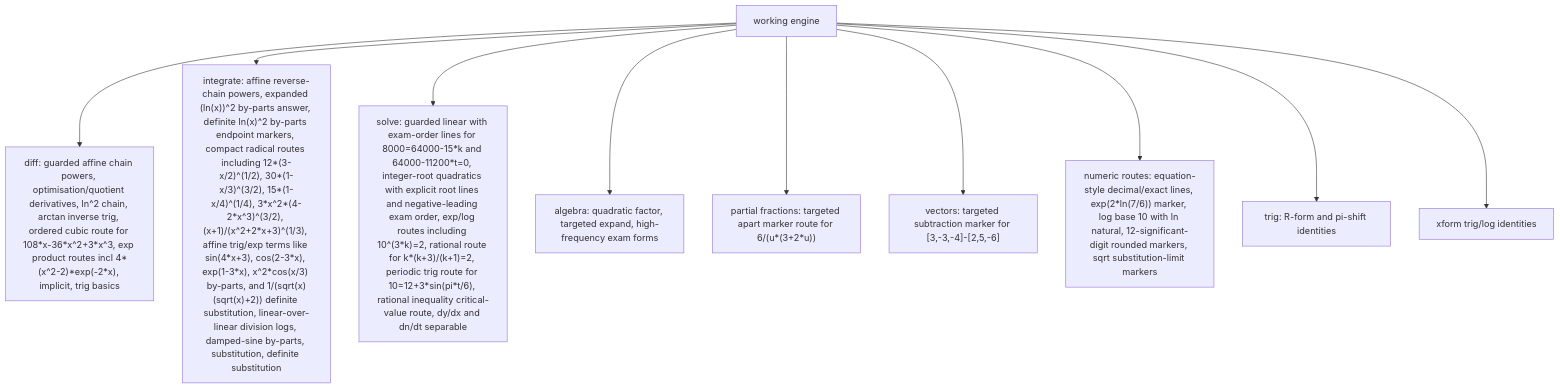
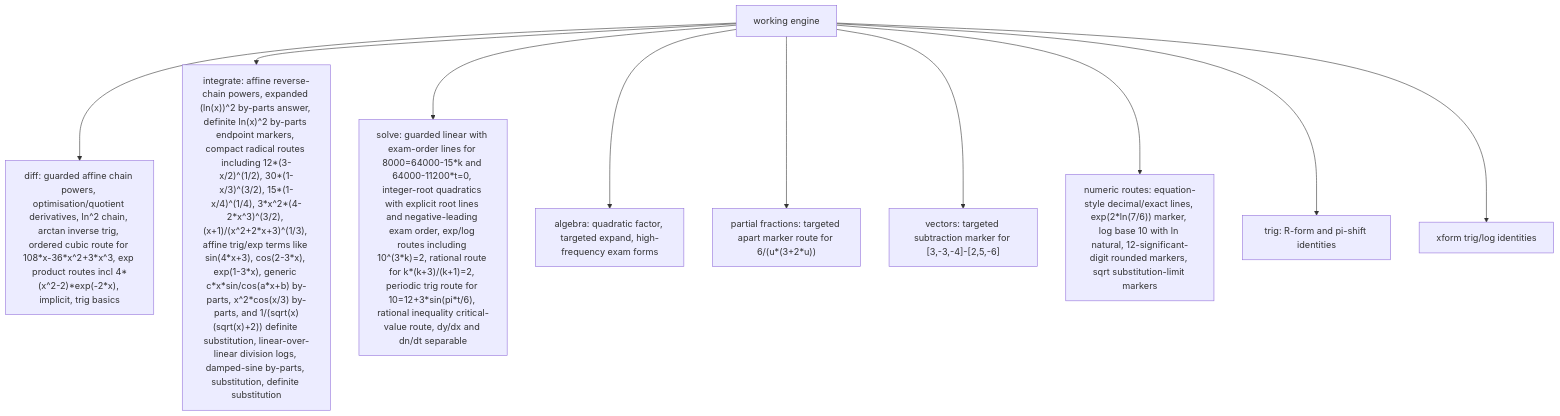
The third of 6 diagrams in docs/GRAPH.md (james8464/notes-addin-casio-fx-cg50), drawn with Mermaid before and after one commit. The commit also changed other lines of this file and 9 other files, not shown here.

Commit message:
improve audit tui and trig parts routes

````diff
--- a/docs/GRAPH.md
+++ b/docs/GRAPH.md
@@ -36,12 +36,12 @@
 ```mermaid
 graph TD
   Work["working engine"] --> Diff["diff: guarded affine chain powers, optimisation/quotient derivatives, ln^2 chain, arctan inverse trig, ordered cubic route for 108*x-36*x^2+3*x^3, exp product routes incl 4*(x^2-2)*exp(-2*x), implicit, trig basics"]
-  Work --> Int["integrate: affine reverse-chain powers, expanded (ln(x))^2 by-parts answer, definite ln(x)^2 by-parts endpoint markers, compact radical routes including 12*(3-x/2)^(1/2), 30*(1-x/3)^(3/2), 15*(1-x/4)^(1/4), 3*x^2*(4-2*x^3)^(3/2), (x+1)/(x^2+2*x+3)^(1/3), affine trig/exp terms like sin(4*x+3), cos(2-3*x), exp(1-3*x), x^2*cos(x/3) by-parts, and 1/(sqrt(x)(sqrt(x)+2)) definite substitution, linear-over-linear division logs, damped-sine by-parts, substitution, definite substitution"]
+  Work --> Int["integrate: affine reverse-chain powers, expanded (ln(x))^2 by-parts answer, definite ln(x)^2 by-parts endpoint markers, compact radical routes including 12*(3-x/2)^(1/2), 30*(1-x/3)^(3/2), 15*(1-x/4)^(1/4), 3*x^2*(4-2*x^3)^(3/2), (x+1)/(x^2+2*x+3)^(1/3), affine trig/exp terms like sin(4*x+3), cos(2-3*x), exp(1-3*x), generic c*x*sin/cos(a*x+b) by-parts, x^2*cos(x/3) by-parts, and 1/(sqrt(x)(sqrt(x)+2)) definite substitution, linear-over-linear division logs, damped-sine by-parts, substitution, definite substitution"]
   Work --> Solve["solve: guarded linear with exam-order lines for 8000=64000-15*k and 64000-11200*t=0, integer-root quadratics with explicit root lines and negative-leading exam order, exp/log routes including 10^(3*k)=2, rational route for k*(k+3)/(k+1)=2, periodic trig route for 10=12+3*sin(pi*t/6), rational inequality critical-value route, dy/dx and dn/dt separable"]
   Work --> Alg["algebra: quadratic factor, targeted expand, high-frequency exam forms"]
   Work --> PF["partial fractions: targeted apart marker route for 6/(u*(3+2*u))"]
   Work --> Vec["vectors: targeted subtraction marker for [3,-3,-4]-[2,5,-6]"]
   Work --> Num["numeric routes: equation-style decimal/exact lines, exp(2*ln(7/6)) marker, log base 10 with ln natural, 12-significant-digit rounded markers, sqrt substitution-limit markers"]
   Work --> Trig["trig: R-form and pi-shift identities"]
   Work --> Xform["xform trig/log identities"]
 ```
````
